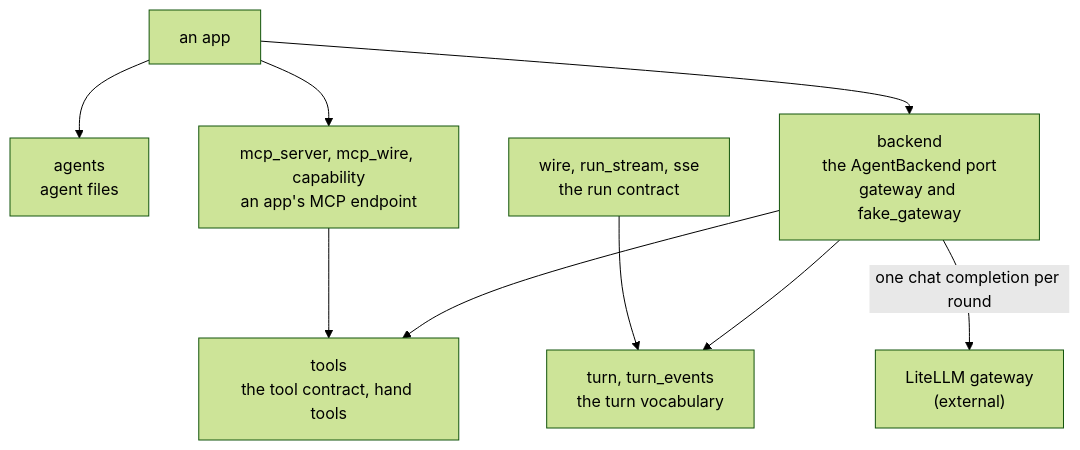
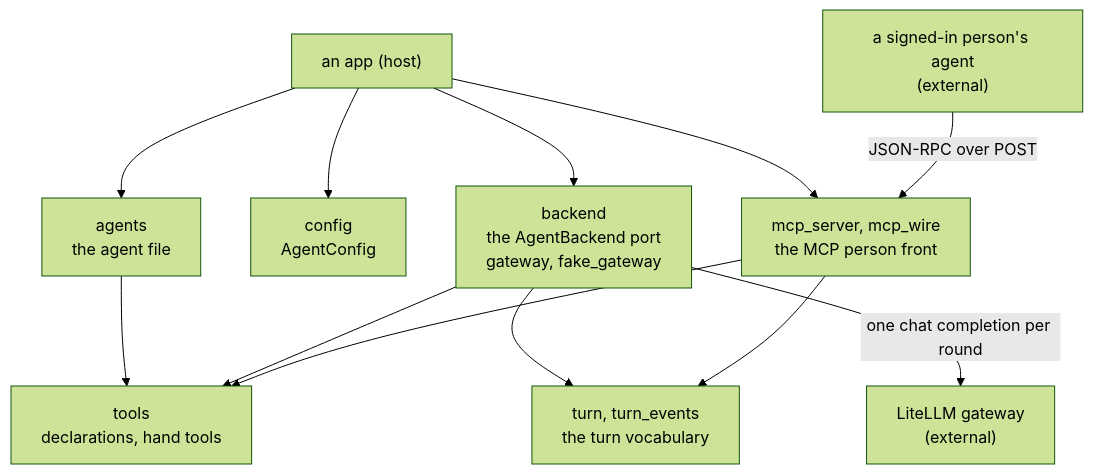
One commit to overnightworks/agent-runtime changed the diagram in docs/ARCHITECTURE.md. Above: the diagram before and after it, drawn with Mermaid (forest theme). The commit also changed other lines of this file and 7 other files, not shown here.

````diff
--- a/docs/ARCHITECTURE.md
+++ b/docs/ARCHITECTURE.md
@@ -18,20 +14,24 @@
 ```mermaid
 flowchart TB
-    app["an app"]
-    agents["agents<br/>agent files"]
-    tools["tools<br/>the tool contract, hand tools"]
-    backend["backend<br/>the AgentBackend port<br/>gateway and fake_gateway"]
-    wire["wire, run_stream, sse<br/>the run contract"]
+    app["an app (host)"]
+    agents["agents<br/>the agent file"]
+    tools["tools<br/>declarations, hand tools"]
+    config["config<br/>AgentConfig"]
+    backend["backend<br/>the AgentBackend port<br/>gateway, fake_gateway"]
     turn["turn, turn_events<br/>the turn vocabulary"]
-    mcp["mcp_server, mcp_wire, capability<br/>an app's MCP endpoint"]
+    mcp["mcp_server, mcp_wire<br/>the MCP person front"]
     gateway["LiteLLM gateway<br/>(external)"]
+    person["a signed-in person's agent<br/>(external)"]
 
     app --> agents
+    app --> config
     app --> backend
     app --> mcp
+    agents --> tools
     backend --> tools
     backend --> turn
+    mcp --> tools
+    mcp --> turn
     backend -->|"one chat completion per round"| gateway
-    wire --> turn
-    mcp --> tools
+    person -->|"JSON-RPC over POST"| mcp
 ```
````
